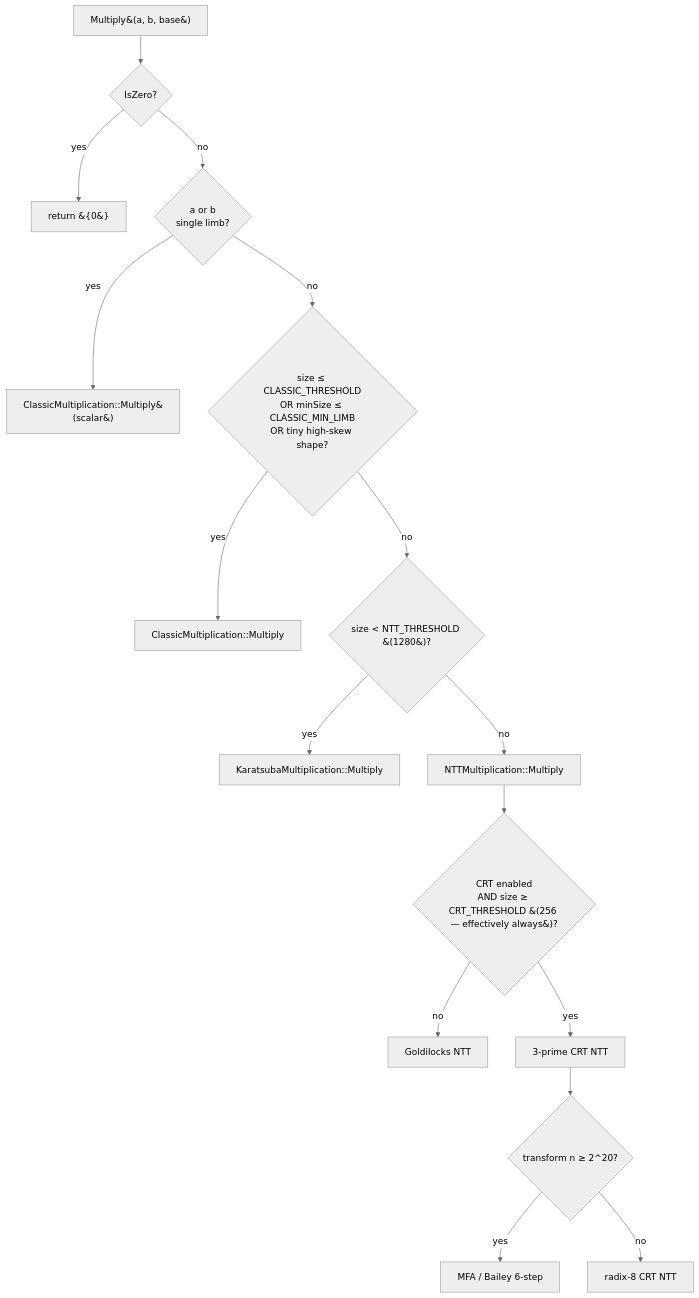
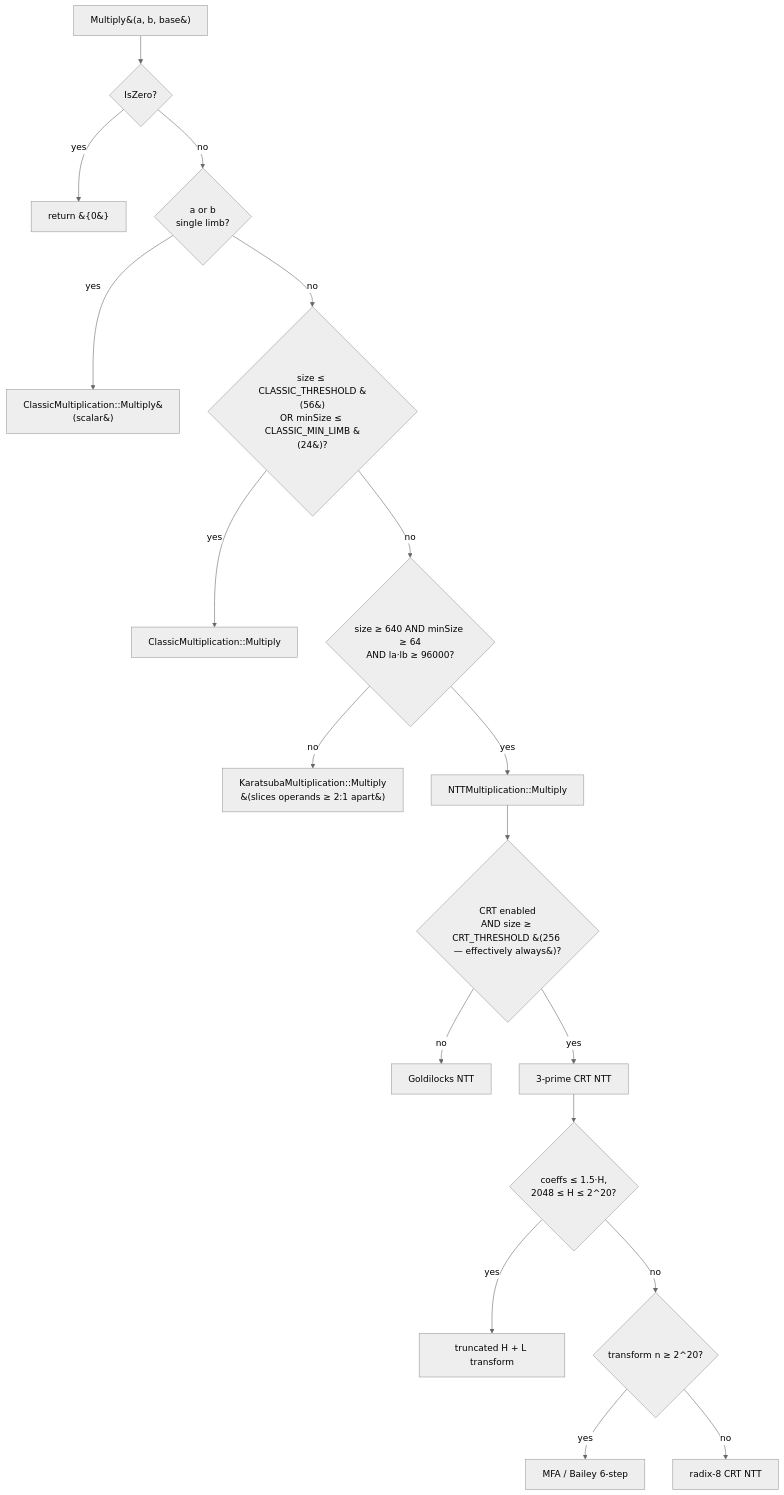
Before and after one commit to mmurshed/biginteger: the first of 2 diagrams in docs/MULTIPLICATION.md, drawn with Mermaid (neutral theme). The commit also changed other lines of this file and 9 other files, not shown here.

````diff
--- a/docs/MULTIPLICATION.md
+++ b/docs/MULTIPLICATION.md
@@ -68,19 +68,21 @@
 ```mermaid
 flowchart TD
     A[Multiply&#40;a, b, base&#41;] --> B{IsZero?}
     B -- yes --> Z[return &#123;0&#125;]
     B -- no --> C{a or b<br/>single limb?}
     C -- yes --> Sc[ClassicMultiplication::Multiply&#40;scalar&#41;]
-    C -- no --> D{size ≤ CLASSIC_THRESHOLD<br/>OR minSize ≤ CLASSIC_MIN_LIMB<br/>OR tiny high-skew shape?}
+    C -- no --> D{size ≤ CLASSIC_THRESHOLD &#40;56&#41;<br/>OR minSize ≤ CLASSIC_MIN_LIMB &#40;24&#41;?}
     D -- yes --> Cl[ClassicMultiplication::Multiply]
-    D -- no --> E{size &lt; NTT_THRESHOLD &#40;1280&#41;?}
-    E -- yes --> K[KaratsubaMultiplication::Multiply]
-    E -- no --> N[NTTMultiplication::Multiply]
+    D -- no --> E{size ≥ 640 AND minSize ≥ 64<br/>AND la·lb ≥ 96000?}
+    E -- no --> K[KaratsubaMultiplication::Multiply<br/>&#40;slices operands ≥ 2:1 apart&#41;]
+    E -- yes --> N[NTTMultiplication::Multiply]
 
     N --> C1{CRT enabled<br/>AND size ≥ CRT_THRESHOLD &#40;256 — effectively always&#41;?}
     C1 -- no --> G[Goldilocks NTT]
     C1 -- yes --> C2[3-prime CRT NTT]
-    C2 --> C3{transform n ≥ 2^20?}
-    C3 -- yes --> MFA[MFA / Bailey 6-step]
-    C3 -- no --> R8[radix-8 CRT NTT]
+    C2 --> C3{coeffs ≤ 1.5·H,<br/>2048 ≤ H ≤ 2^20?}
+    C3 -- yes --> TR[truncated H + L transform]
+    C3 -- no --> C4{transform n ≥ 2^20?}
+    C4 -- yes --> MFA[MFA / Bailey 6-step]
+    C4 -- no --> R8[radix-8 CRT NTT]
 ```
````
